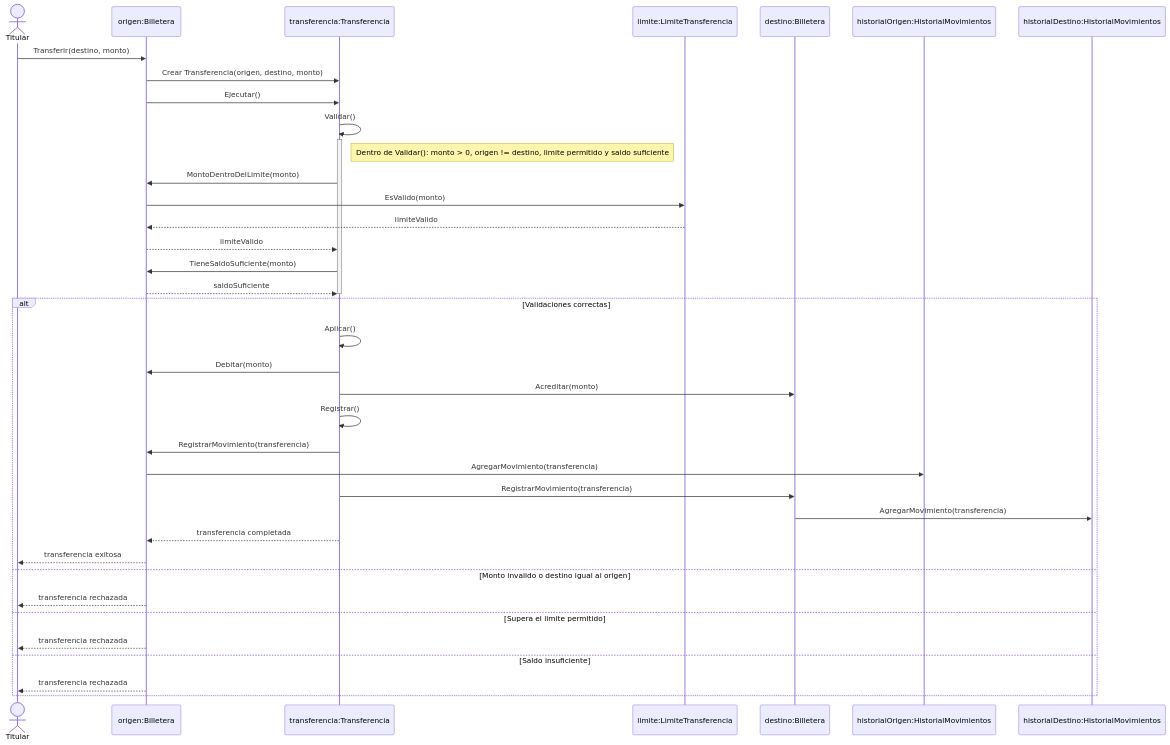
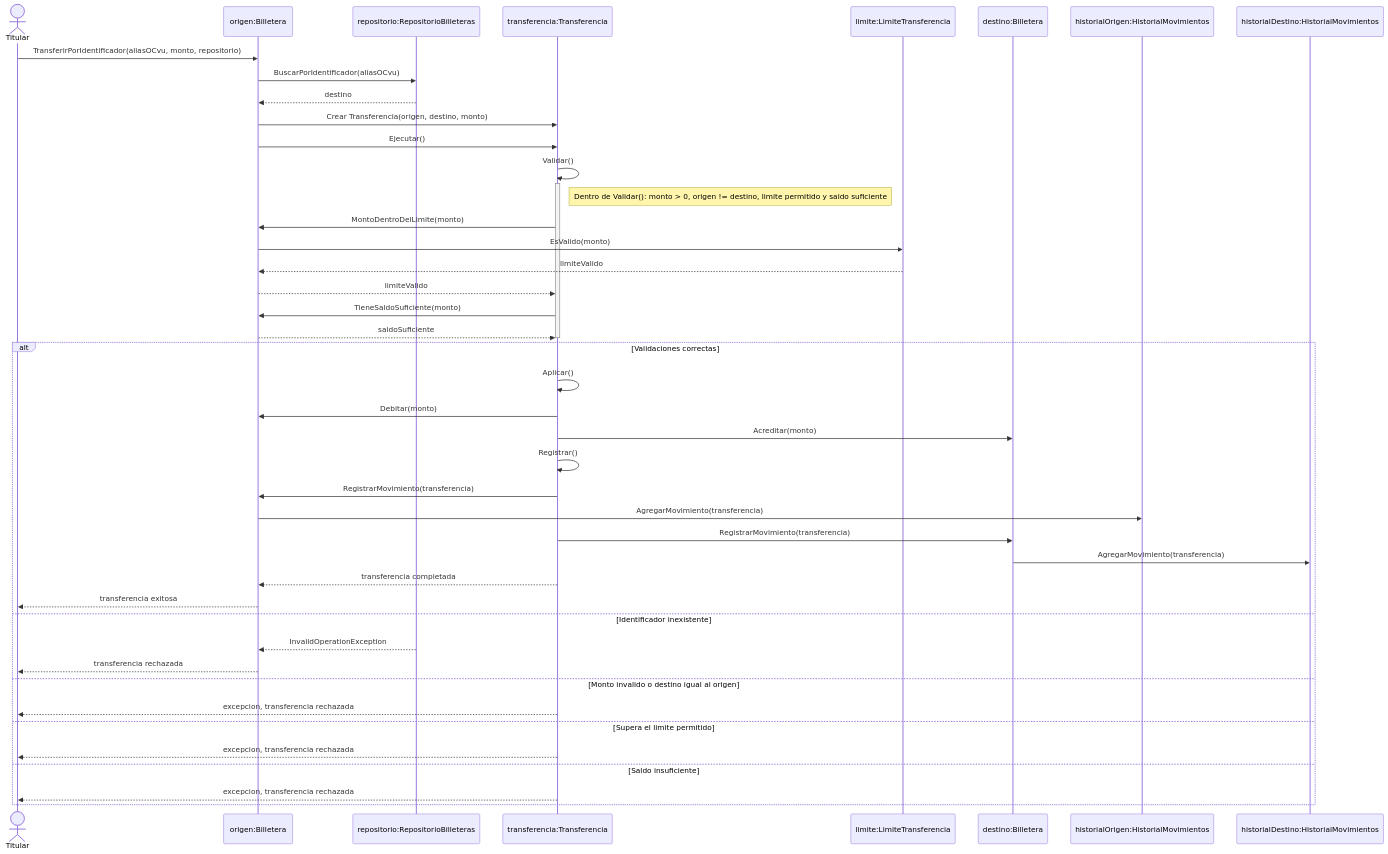
Before and after one commit to ElPichichiii/BilleteraVirtual: the second of 3 diagrams in docs/modelo.md, drawn with Mermaid. The commit also changed other lines of this file, not shown here.

````diff
--- a/docs/modelo.md
+++ b/docs/modelo.md
@@ -143,52 +194,60 @@
 ```mermaid
 sequenceDiagram
     actor Titular
     participant Origen as origen:Billetera
+    participant Repo as repositorio:RepositorioBilleteras
     participant Transf as transferencia:Transferencia
     participant Limite as limite:LimiteTransferencia
     participant Destino as destino:Billetera
     participant HOrigen as historialOrigen:HistorialMovimientos
     participant HDestino as historialDestino:HistorialMovimientos
 
-    Titular->>Origen: Transferir(destino, monto)
+    Titular->>Origen: TransferirPorIdentificador(aliasOCvu, monto, repositorio)
+    Origen->>Repo: BuscarPorIdentificador(aliasOCvu)
+    Repo-->>Origen: destino
+
     Origen->>Transf: Crear Transferencia(origen, destino, monto)
     Origen->>Transf: Ejecutar()
 
     Transf->>Transf: Validar()
     activate Transf
     Note right of Transf: Dentro de Validar(): monto > 0, origen != destino, limite permitido y saldo suficiente
 
     Transf->>Origen: MontoDentroDelLimite(monto)
     Origen->>Limite: EsValido(monto)
     Limite-->>Origen: limiteValido
     Origen-->>Transf: limiteValido
 
     Transf->>Origen: TieneSaldoSuficiente(monto)
     Origen-->>Transf: saldoSuficiente
     deactivate Transf
 
     alt Validaciones correctas
         Transf->>Transf: Aplicar()
         Transf->>Origen: Debitar(monto)
         Transf->>Destino: Acreditar(monto)
 
         Transf->>Transf: Registrar()
         Transf->>Origen: RegistrarMovimiento(transferencia)
         Origen->>HOrigen: AgregarMovimiento(transferencia)
 
         Transf->>Destino: RegistrarMovimiento(transferencia)
         Destino->>HDestino: AgregarMovimiento(transferencia)
 
         Transf-->>Origen: transferencia completada
         Origen-->>Titular: transferencia exitosa
 
-    else Monto invalido o destino igual al origen
+    else Identificador inexistente
+        Repo-->>Origen: InvalidOperationException
         Origen-->>Titular: transferencia rechazada
 
+    else Monto invalido o destino igual al origen
+        Transf-->>Titular: excepcion, transferencia rechazada
+
     else Supera el limite permitido
-        Origen-->>Titular: transferencia rechazada
+        Transf-->>Titular: excepcion, transferencia rechazada
 
     else Saldo insuficiente
-        Origen-->>Titular: transferencia rechazada
+        Transf-->>Titular: excepcion, transferencia rechazada
     end
 ```
````
